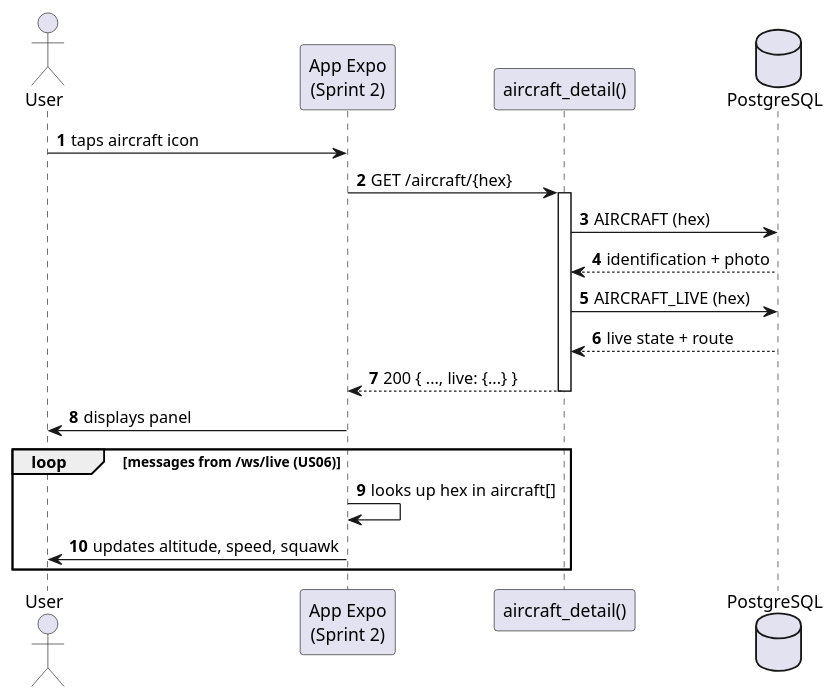
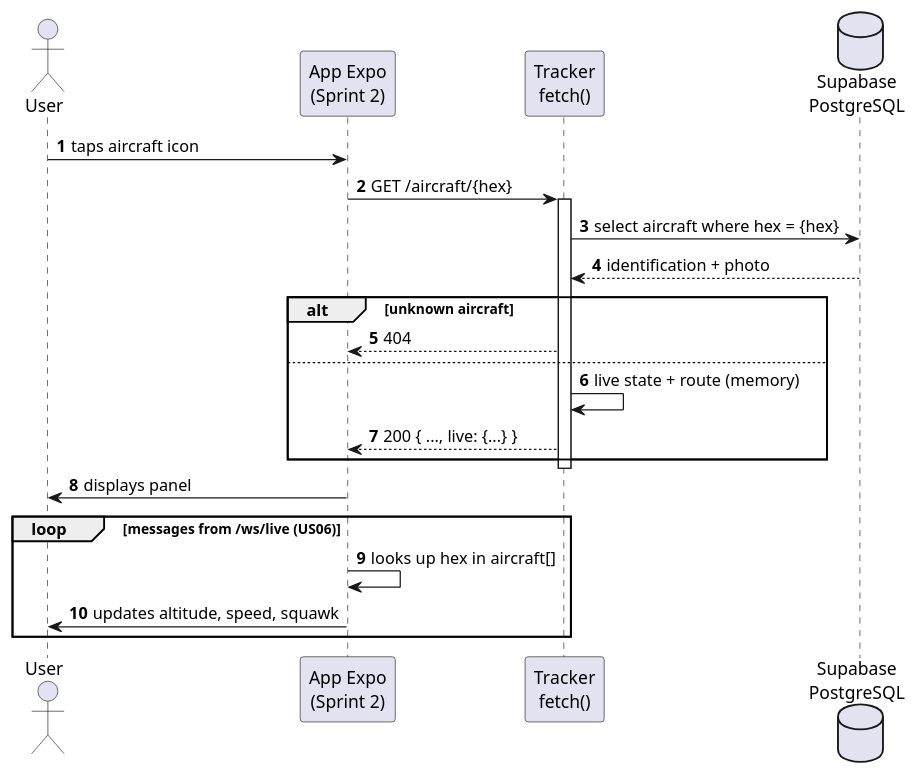
The diagram in docs/system-documentation/use-cases/US07/puml/sd_us07.puml (miguelsiilva1/SkyTracer), drawn with PlantUML before and after one commit. The commit also changed 31 other files, not shown here.

Commit message:
docs: update architecture documentation for the Cloudflare and Supabase backend

```diff
--- a/docs/system-documentation/use-cases/US07/puml/sd_us07.puml
+++ b/docs/system-documentation/use-cases/US07/puml/sd_us07.puml
@@ -1,22 +1,25 @@
 @startuml
 autonumber
 actor "User" as U
 participant "App Expo\n(Sprint 2)" as App
-participant "aircraft_detail()" as API
-database "PostgreSQL" as DB
+participant "Tracker\nfetch()" as API
+database "Supabase\nPostgreSQL" as DB
 
 U -> App : taps aircraft icon
 App -> API : GET /aircraft/{hex}
 activate API
-API -> DB : AIRCRAFT (hex)
+API -> DB : select aircraft where hex = {hex}
 DB --> API : identification + photo
-API -> DB : AIRCRAFT_LIVE (hex)
-DB --> API : live state + route
-API --> App : 200 { ..., live: {...} }
+alt unknown aircraft
+  API --> App : 404
+else
+  API -> API : live state + route (memory)
+  API --> App : 200 { ..., live: {...} }
+end
 deactivate API
 App -> U : displays panel
 loop messages from /ws/live (US06)
   App -> App : looks up hex in aircraft[]
   App -> U : updates altitude, speed, squawk
 end
 @enduml
```
